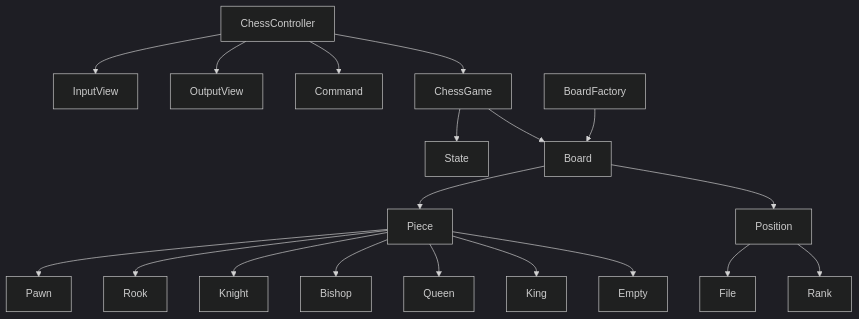
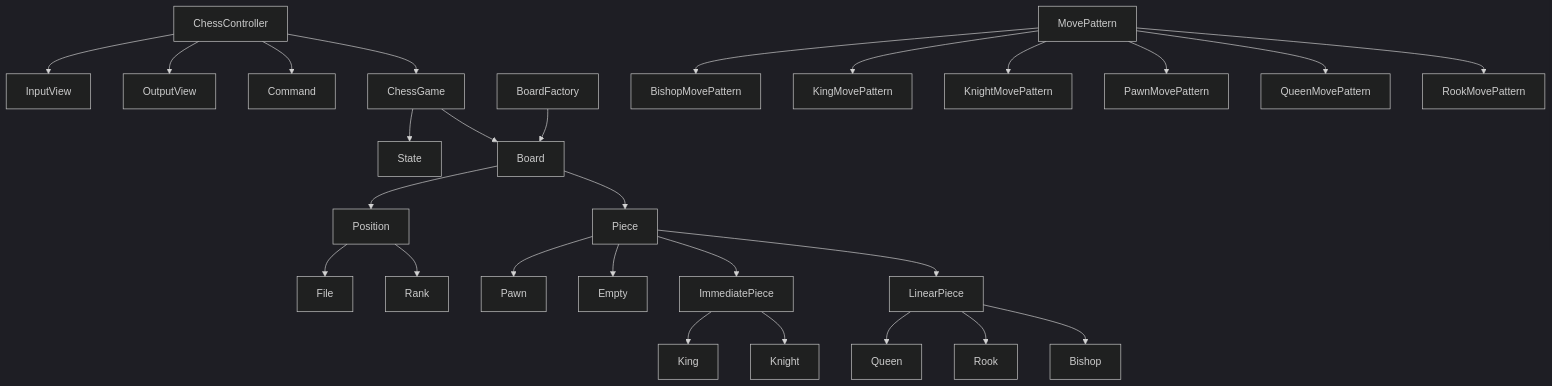
One commit to woowacourse/java-chess changed the diagram in README.md. Above: the diagram before and after it, drawn with Mermaid (dark theme).

Commit message:
docs: 다이어그램 수정

````diff
--- a/README.md
+++ b/README.md
@@ -11,26 +11,37 @@
 ```mermaid
 graph TD
     ChessController --> InputView
     ChessController --> OutputView
     ChessController --> Command
     ChessController --> ChessGame
 
     ChessGame --> State
     ChessGame --> Board
     
     BoardFactory --> Board
 
     Board --> Piece
     Board --> Position
     
     Position --> File
     Position --> Rank
     
     Piece --> Pawn
-    Piece --> Rook
-    Piece --> Knight
-    Piece --> Bishop
-    Piece --> Queen
-    Piece --> King
     Piece --> Empty
+    Piece --> ImmediatePiece
+    Piece --> LinearPiece
+
+    ImmediatePiece --> King
+    ImmediatePiece --> Knight
+    
+    LinearPiece --> Queen
+    LinearPiece --> Rook
+    LinearPiece --> Bishop
+    
+    MovePattern --> BishopMovePattern
+    MovePattern --> KingMovePattern
+    MovePattern --> KnightMovePattern
+    MovePattern --> PawnMovePattern
+    MovePattern --> QueenMovePattern
+    MovePattern --> RookMovePattern
 ```
````
